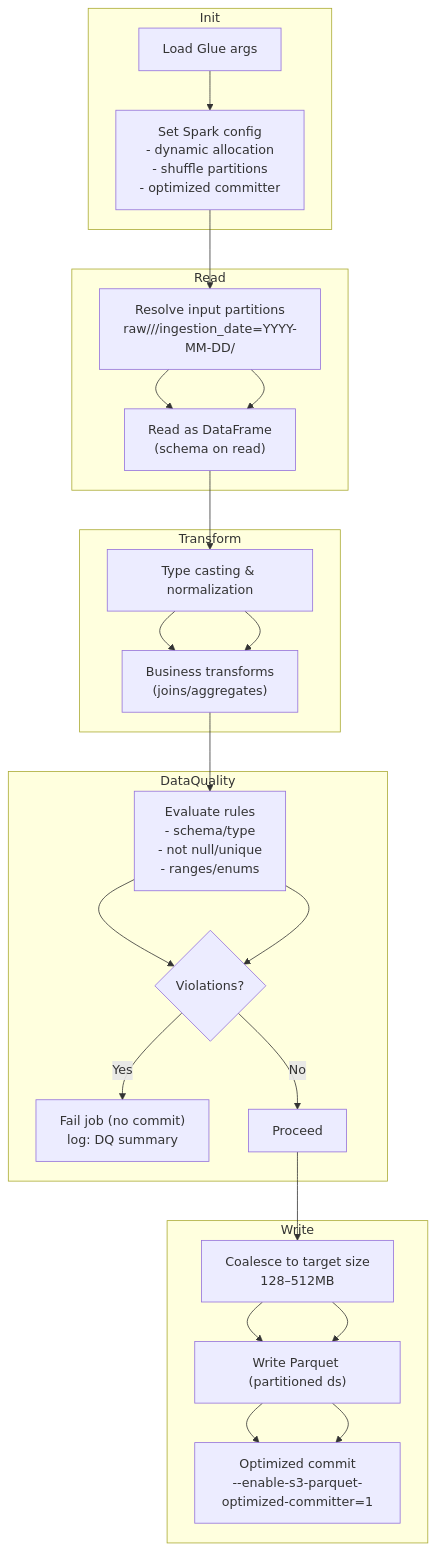
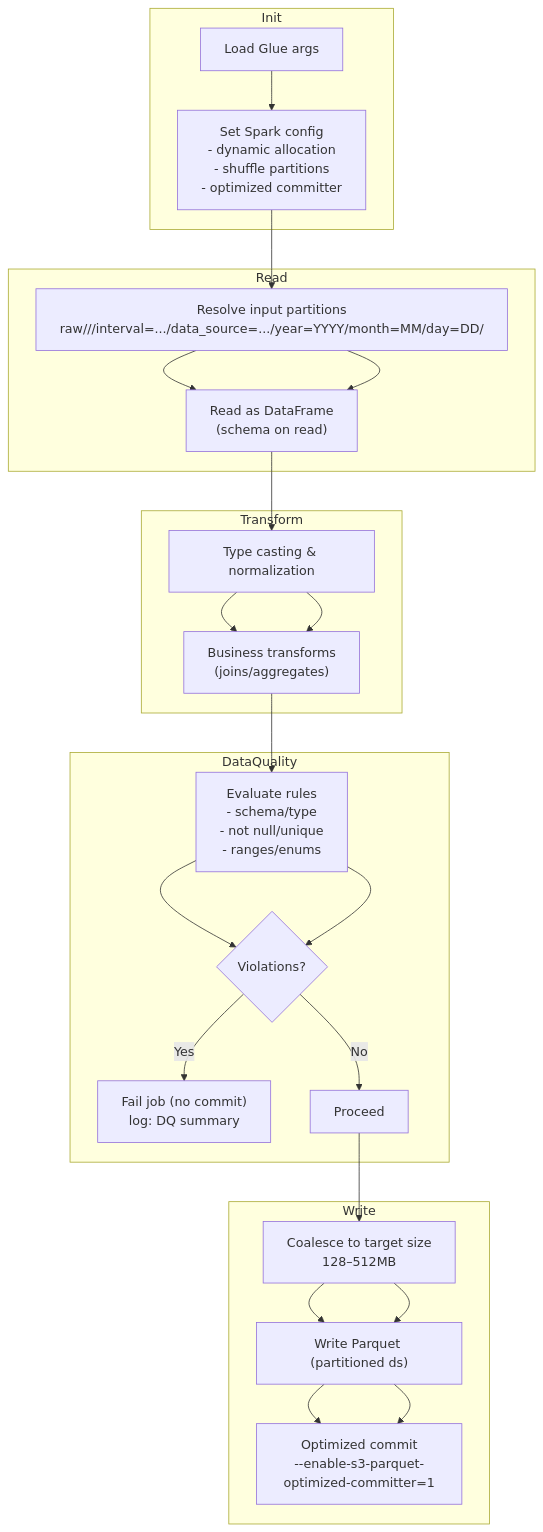
The diagram in docs/diagrams/transform/06-glue-job-internals.md (keemgdeok/fin-forge-pipeline), drawn with Mermaid before and after one commit. The commit also changed other lines of this file and 8 other files, not shown here.

````diff
--- a/docs/diagrams/transform/06-glue-job-internals.md
+++ b/docs/diagrams/transform/06-glue-job-internals.md
@@ -3,30 +3,30 @@
 ```mermaid
 flowchart TD
   subgraph Init
     A1["Load Glue args"] --> A2["Set Spark config<br/>- dynamic allocation<br/>- shuffle partitions<br/>- optimized committer"]
   end
 
   subgraph Read
-    R1["Resolve input partitions<br/>raw/<domain>/<table>/ingestion_date=YYYY-MM-DD/"] --> R2["Read as DataFrame<br/>(schema on read)"]
+    R1["Resolve input partitions<br/>raw/<domain>/<table>/interval=.../data_source=.../year=YYYY/month=MM/day=DD/"] --> R2["Read as DataFrame<br/>(schema on read)"]
   end
 
   subgraph Transform
     T1["Type casting & normalization"] --> T2["Business transforms<br/>(joins/aggregates)"]
   end
 
   subgraph DataQuality
     DQ1["Evaluate rules<br/>- schema/type<br/>- not null/unique<br/>- ranges/enums"] --> DQ2{Violations?}
     DQ2 -->|Yes| DQF["Fail job (no commit)<br/>log: DQ summary"]
     DQ2 -->|No| DQP["Proceed"]
   end
 
   subgraph Write
     W1["Coalesce to target size<br/>128–512MB"] --> W2["Write Parquet (partitioned ds)"]
     W2 --> W3["Optimized commit<br/>--enable-s3-parquet-optimized-committer=1"]
   end
 
   A2 --> R1 --> R2 --> T1 --> T2 --> DQ1 --> DQ2
   DQP --> W1 --> W2 --> W3
 
   classDef note fill:#eef7ff,stroke:#3d7ea6,color:#244a5b;
 ```
````
